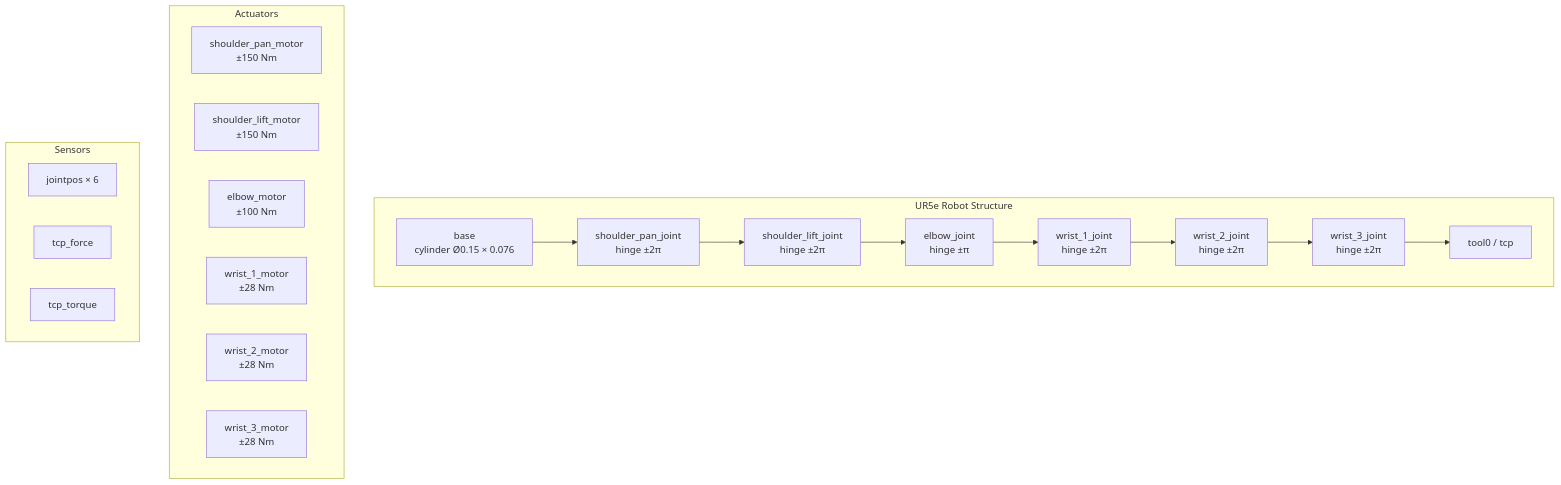
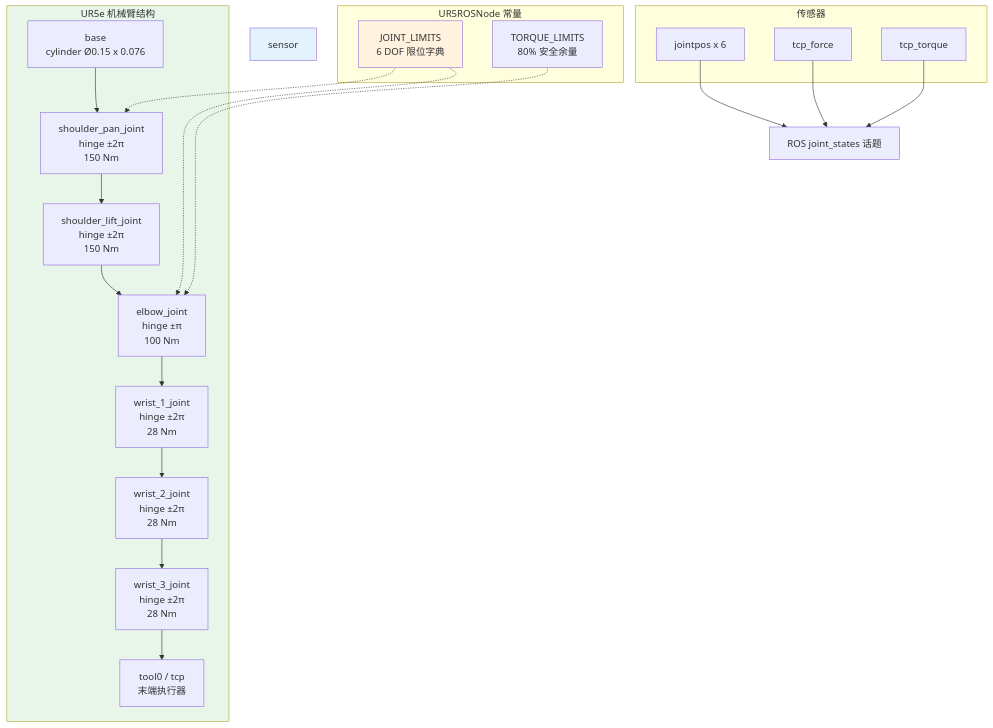
The tenth of 17 diagrams in robot-agents/rosclaw/ANALYSIS.md (yongqingzs/legged_docs), drawn with Mermaid before and after one commit. The commit also changed other lines of this file and 2 other files, not shown here.

Commit message:
feat: update robot-agents.

````diff
--- a/robot-agents/rosclaw/ANALYSIS.md
+++ b/robot-agents/rosclaw/ANALYSIS.md
@@ -428,30 +477,37 @@
 ```mermaid
 graph TB
-    subgraph UR5e["UR5e Robot Structure"]
-        Base["base<br/>cylinder Ø0.15 × 0.076"]
-        SP["shoulder_pan_joint<br/>hinge ±2π"]
-        SL["shoulder_lift_joint<br/>hinge ±2π"]
-        EJ["elbow_joint<br/>hinge ±π"]
-        W1["wrist_1_joint<br/>hinge ±2π"]
-        W2["wrist_2_joint<br/>hinge ±2π"]
-        W3["wrist_3_joint<br/>hinge ±2π"]
-        TCP["tool0 / tcp"]
-        
-        Base --> SP --> SL --> EJ --> W1 --> W2 --> W3 --> TCP
+    subgraph UR5e["UR5e 机械臂结构"]
+        BASE["base<br/>cylinder Ø0.15 x 0.076"]
+        J1["shoulder_pan_joint<br/>hinge ±2π<br/>150 Nm"]
+        J2["shoulder_lift_joint<br/>hinge ±2π<br/>150 Nm"]
+        J3["elbow_joint<br/>hinge ±π<br/>100 Nm"]
+        J4["wrist_1_joint<br/>hinge ±2π<br/>28 Nm"]
+        J5["wrist_2_joint<br/>hinge ±2π<br/>28 Nm"]
+        J6["wrist_3_joint<br/>hinge ±2π<br/>28 Nm"]
+        TCP["tool0 / tcp<br/>末端执行器"]
+
+        BASE --> J1 --> J2 --> J3 --> J4 --> J5 --> J6 --> TCP
     end
 
-    subgraph Actuators["Actuators"]
-        M1["shoulder_pan_motor<br/>±150 Nm"]
-        M2["shoulder_lift_motor<br/>±150 Nm"]
-        M3["elbow_motor<br/>±100 Nm"]
-        M4["wrist_1_motor<br/>±28 Nm"]
-        M5["wrist_2_motor<br/>±28 Nm"]
-        M6["wrist_3_motor<br/>±28 Nm"]
-    end
-
-    subgraph Sensors["Sensors"]
-        S1["jointpos × 6"]
+    subgraph "传感器"
+        S1["jointpos x 6"]
         S2["tcp_force"]
         S3["tcp_torque"]
     end
+
+    subgraph "UR5ROSNode 常量"
+        JL["JOINT_LIMITS<br/>6 DOF 限位字典"]
+        TL["TORQUE_LIMITS<br/>80% 安全余量"]
+    end
+
+    JL -.-> J1
+    JL -.-> J3
+    TL -.-> J3
+    S1 --> NODE["ROS joint_states 话题"]
+    S2 --> NODE
+    S3 --> NODE
+
+    style UR5e fill:#e8f5e9
+    style sensor fill:#e3f2fd
+    style JL fill:#fff3e0
 ```
````
